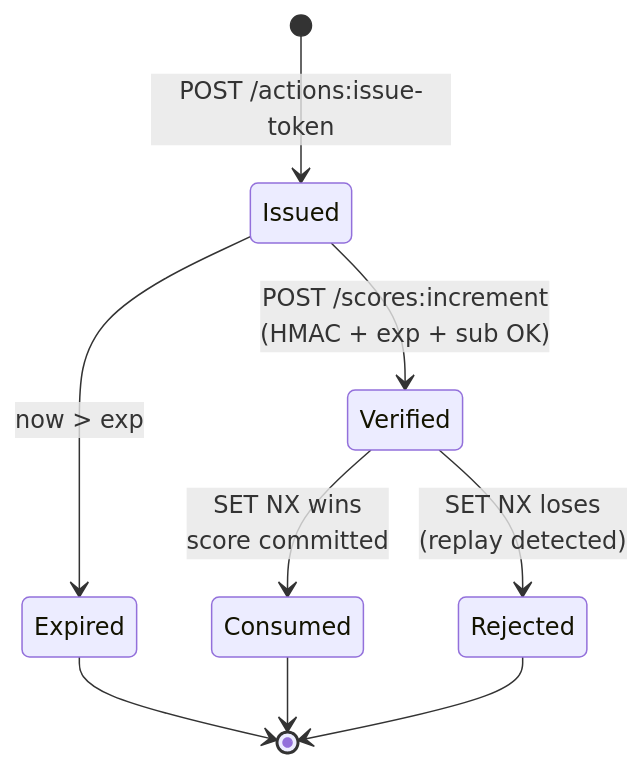
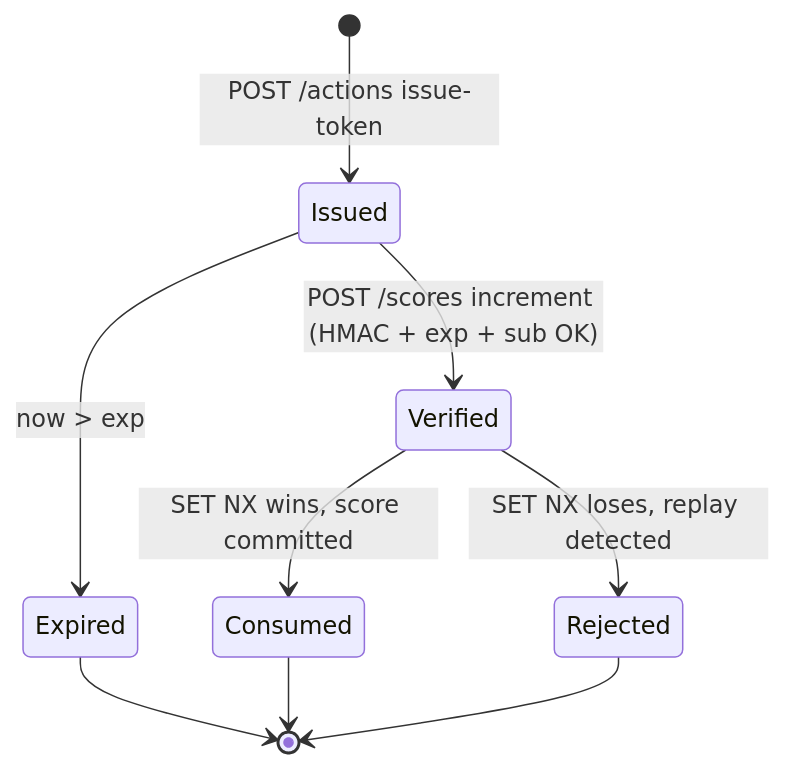
The sixth of 7 diagrams in problem6/docs/flow-diagram.md (ngocgiang99/99tech_backend), drawn with Mermaid before and after one commit. The commit also changed other lines of this file and 65 other files, not shown here.

````diff
--- a/problem6/docs/flow-diagram.md
+++ b/problem6/docs/flow-diagram.md
@@ -240,11 +240,11 @@
 ```mermaid
 stateDiagram-v2
-    [*] --> Issued: POST /actions:issue-token
-    Issued --> Verified: POST /scores:increment<br/>(HMAC + exp + sub OK)
+    [*] --> Issued: POST /actions issue-token
+    Issued --> Verified: POST /scores increment (HMAC + exp + sub OK)
     Issued --> Expired: now > exp
-    Verified --> Consumed: SET NX wins<br/>score committed
-    Verified --> Rejected: SET NX loses<br/>(replay detected)
+    Verified --> Consumed: SET NX wins, score committed
+    Verified --> Rejected: SET NX loses, replay detected
     Expired --> [*]
     Consumed --> [*]
     Rejected --> [*]
 ```
````
